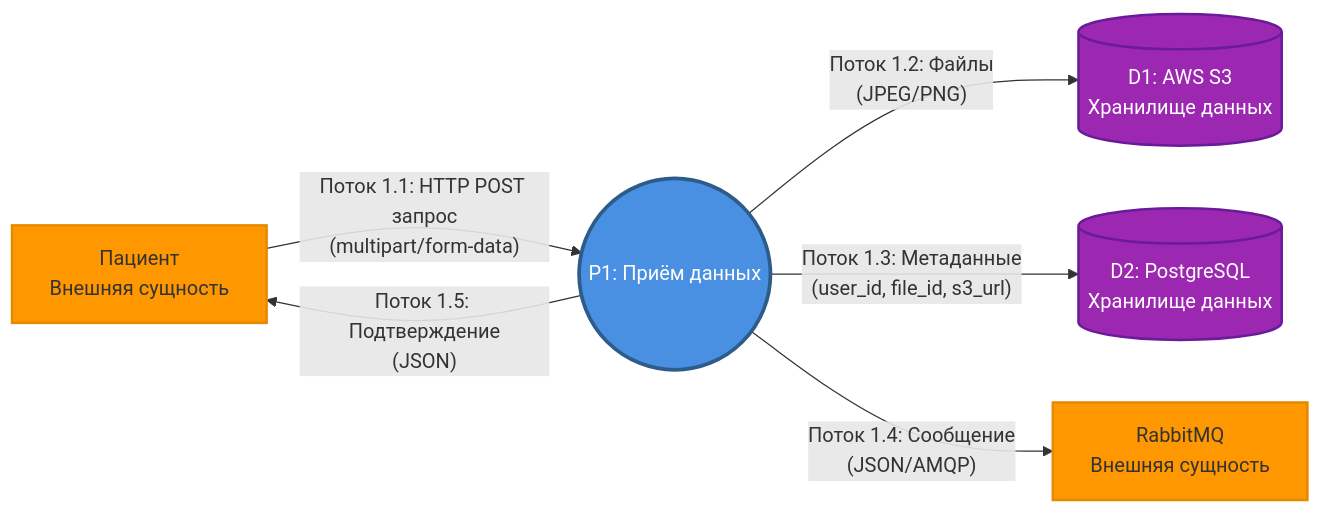
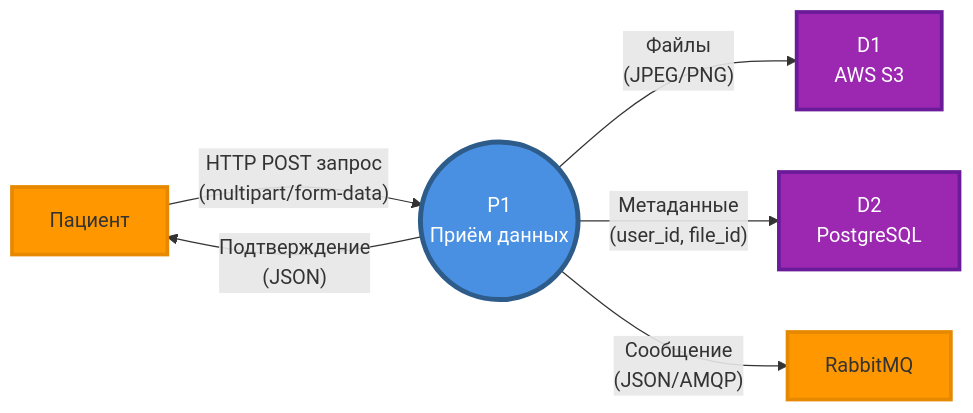
Before and after one commit to Edisheri/system-engineering-playbook: the diagram in src/architecture/dfd.md, drawn with Mermaid. The commit also changed 2 other files, not shown here.

Commit message:
Update IDEF0, IDEF3, DFD diagrams to match correct methodology style from examples - IDEF0 A0: Simplified layout with proper ICOM positioning - IDEF0 Decomposition: Added sequential flow diagram A1->A2->A3->A4 - IDEF3: Updated UOB numbering style (numbers in boxes) and Junction symbols - DFD: Simplified process and data store notation

````diff
--- a/src/architecture/dfd.md
+++ b/src/architecture/dfd.md
@@ -32,14 +32,14 @@
 ```mermaid
 flowchart LR
-    Patient[Пациент<br/>Внешняя сущность] -->|"Поток 1.1: HTTP POST запрос<br/>(multipart/form-data)"| P1(("P1: Приём данных"))
-    P1 -->|"Поток 1.2: Файлы<br/>(JPEG/PNG)"| D1[("D1: AWS S3<br/>Хранилище данных")]
-    P1 -->|"Поток 1.3: Метаданные<br/>(user_id, file_id, s3_url)"| D2[("D2: PostgreSQL<br/>Хранилище данных")]
-    P1 -->|"Поток 1.4: Сообщение<br/>(JSON/AMQP)"| RabbitMQ[RabbitMQ<br/>Внешняя сущность]
-    P1 -->|"Поток 1.5: Подтверждение<br/>(JSON)"| Patient
+    Patient[Пациент] -->|"HTTP POST запрос<br/>(multipart/form-data)"| P1(("P1<br/>Приём данных"))
+    P1 -->|"Файлы<br/>(JPEG/PNG)"| D1["D1<br/>AWS S3"]
+    P1 -->|"Метаданные<br/>(user_id, file_id)"| D2["D2<br/>PostgreSQL"]
+    P1 -->|"Сообщение<br/>(JSON/AMQP)"| RabbitMQ[RabbitMQ]
+    P1 -->|"Подтверждение<br/>(JSON)"| Patient
     
-    style P1 fill:#4a90e2,stroke:#2e5c8a,stroke-width:3px,color:#fff
-    style Patient fill:#ff9800,stroke:#e68900,stroke-width:2px
-    style RabbitMQ fill:#ff9800,stroke:#e68900,stroke-width:2px
-    style D1 fill:#9c27b0,stroke:#6a1b9a,stroke-width:2px,color:#fff
-    style D2 fill:#9c27b0,stroke:#6a1b9a,stroke-width:2px,color:#fff
+    style P1 fill:#4a90e2,stroke:#2e5c8a,stroke-width:4px,color:#fff
+    style Patient fill:#ff9800,stroke:#e68900,stroke-width:3px
+    style RabbitMQ fill:#ff9800,stroke:#e68900,stroke-width:3px
+    style D1 fill:#9c27b0,stroke:#6a1b9a,stroke-width:3px,color:#fff
+    style D2 fill:#9c27b0,stroke:#6a1b9a,stroke-width:3px,color:#fff
 ```
````
